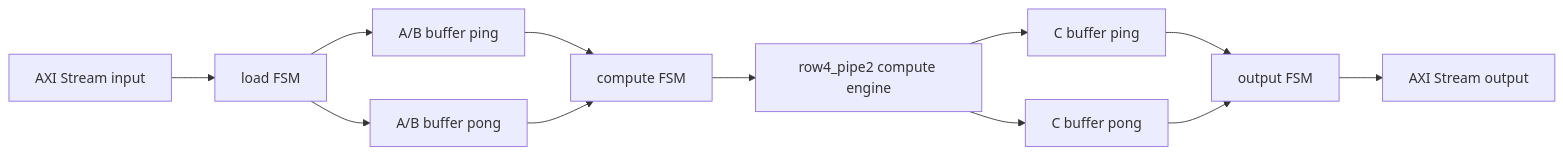
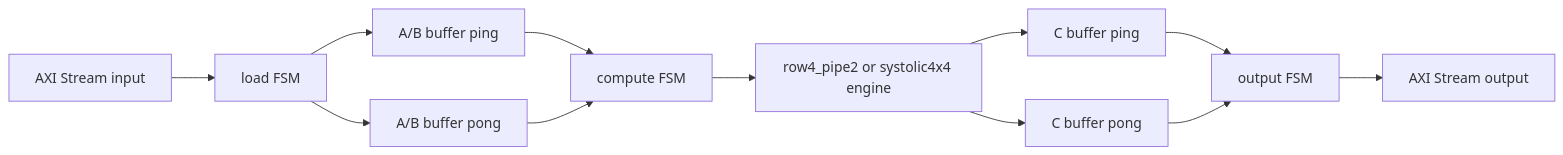
Before and after one commit to advaitParanjpe/tinyNPU: the second of 2 diagrams in README.md, drawn with Mermaid. The commit also changed other lines of this file and 24 other files, not shown here.

````diff
--- a/README.md
+++ b/README.md
@@ -76,14 +76,14 @@
 ```mermaid
 flowchart LR
   SI["AXI Stream input"] --> LFSM["load FSM"]
   LFSM --> AB0["A/B buffer ping"]
   LFSM --> AB1["A/B buffer pong"]
   AB0 --> CFSM["compute FSM"]
   AB1 --> CFSM
-  CFSM --> MAC2["row4_pipe2 compute engine"]
+  CFSM --> MAC2["row4_pipe2 or systolic4x4 engine"]
   MAC2 --> C0["C buffer ping"]
   MAC2 --> C1["C buffer pong"]
   C0 --> OFSM["output FSM"]
   C1 --> OFSM
   OFSM --> SO["AXI Stream output"]
 ```
````
